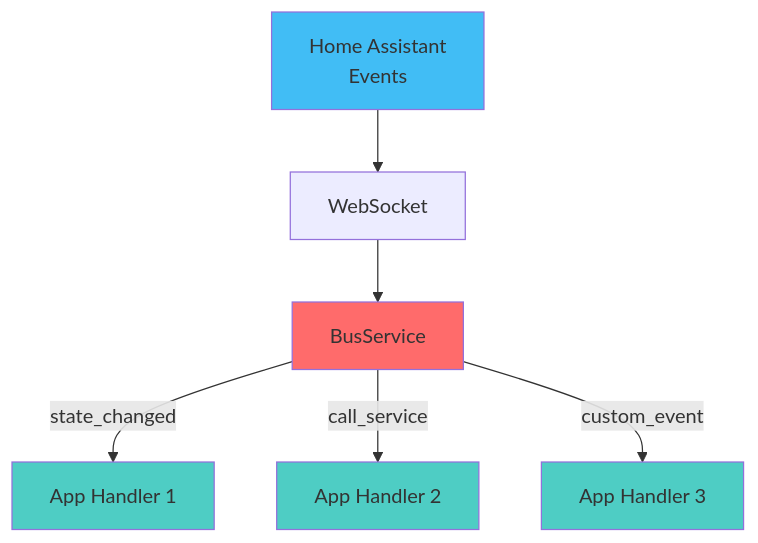
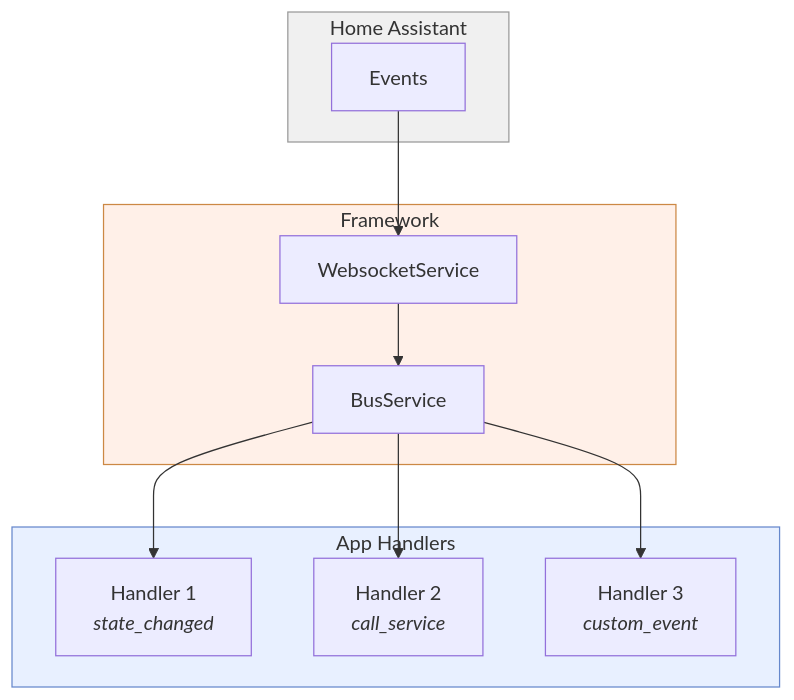
The diagram in docs/pages/core-concepts/bus/index.md (NodeJSmith/hassette), drawn with Mermaid before and after one commit. The commit also changed 11 other files, not shown here.

First line of the commit message:
docs: add system internals page with architecture deep-dive diagrams (#605)

````diff
--- a/docs/pages/core-concepts/bus/index.md
+++ b/docs/pages/core-concepts/bus/index.md
@@ -7,14 +7,25 @@
 ```mermaid
-graph TB
-    HA[Home Assistant<br/>Events] --> WS[WebSocket]
-    WS --> BUS[BusService]
-    BUS --> |state_changed| APP1[App Handler 1]
-    BUS --> |call_service| APP2[App Handler 2]
-    BUS --> |custom_event| APP3[App Handler 3]
+flowchart TD
+    subgraph ha["Home Assistant"]
+        HA["Events"]
+    end
 
-    style HA fill:#41bdf5
-    style BUS fill:#ff6b6b
-    style APP1 fill:#4ecdc4
-    style APP2 fill:#4ecdc4
-    style APP3 fill:#4ecdc4
+    subgraph framework["Framework"]
+        WS["WebsocketService"]
+        BUS["BusService"]
+        WS --> BUS
+    end
+
+    subgraph handlers["App Handlers"]
+        APP1["Handler 1<br/><i>state_changed</i>"]
+        APP2["Handler 2<br/><i>call_service</i>"]
+        APP3["Handler 3<br/><i>custom_event</i>"]
+    end
+
+    HA --> WS
+    BUS --> APP1 & APP2 & APP3
+
+    style ha fill:#f0f0f0,stroke:#999
+    style framework fill:#fff0e8,stroke:#cc8844
+    style handlers fill:#e8f0ff,stroke:#6688cc
 ```
````
